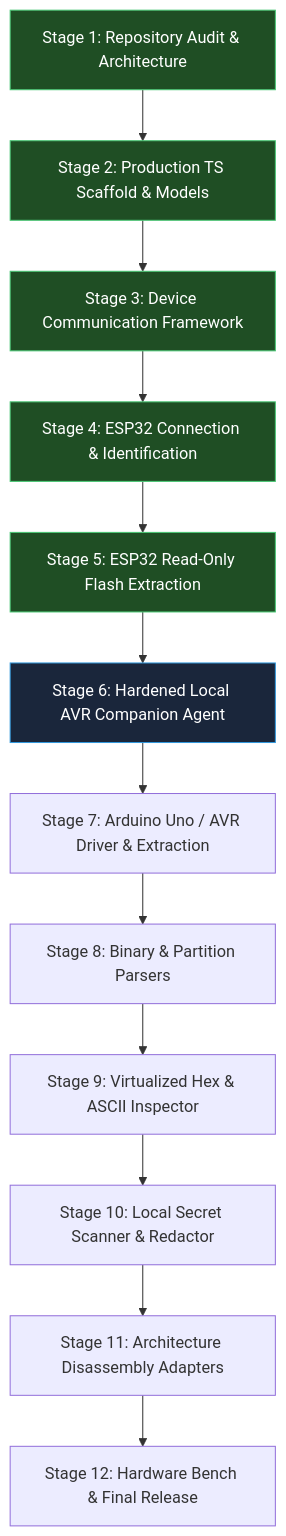
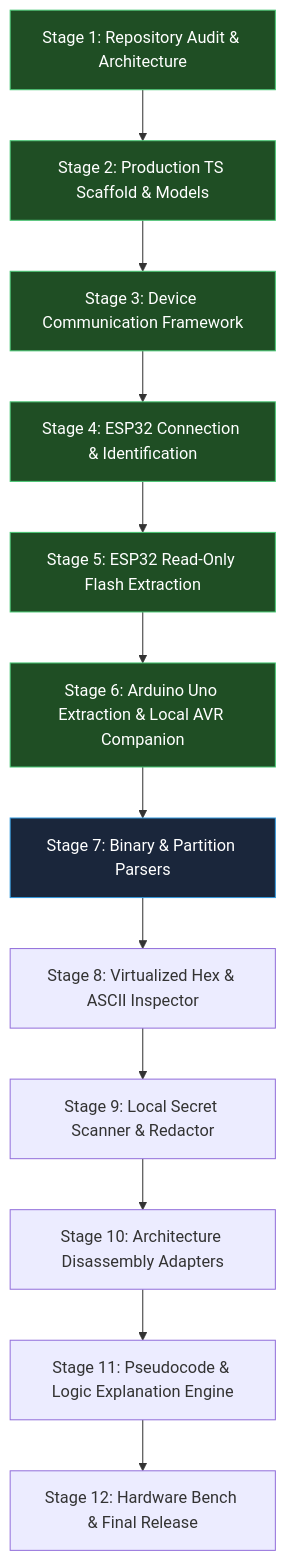
Before and after one commit to sfelixandrew/MICROCODE: the diagram in docs/progress.md, drawn with Mermaid. The commit also changed other lines of this file and 13 other files, not shown here.

Commit message:
Complete Stage 6: Arduino Uno Flash Extraction and Hardened Local AVR Companion

````diff
--- a/docs/progress.md
+++ b/docs/progress.md
@@ -5,21 +5,22 @@
 ```mermaid
 flowchart TD
     S1["Stage 1: Repository Audit & Architecture"] --> S2["Stage 2: Production TS Scaffold & Models"]
     S2 --> S3["Stage 3: Device Communication Framework"]
     S3 --> S4["Stage 4: ESP32 Connection & Identification"]
     S4 --> S5["Stage 5: ESP32 Read-Only Flash Extraction"]
-    S5 --> S6["Stage 6: Hardened Local AVR Companion Agent"]
-    S6 --> S7["Stage 7: Arduino Uno / AVR Driver & Extraction"]
-    S7 --> S8["Stage 8: Binary & Partition Parsers"]
-    S8 --> S9["Stage 9: Virtualized Hex & ASCII Inspector"]
-    S9 --> S10["Stage 10: Local Secret Scanner & Redactor"]
-    S10 --> S11["Stage 11: Architecture Disassembly Adapters"]
+    S5 --> S6["Stage 6: Arduino Uno Extraction & Local AVR Companion"]
+    S6 --> S7["Stage 7: Binary & Partition Parsers"]
+    S7 --> S8["Stage 8: Virtualized Hex & ASCII Inspector"]
+    S8 --> S9["Stage 9: Local Secret Scanner & Redactor"]
+    S9 --> S10["Stage 10: Architecture Disassembly Adapters"]
+    S10 --> S11["Stage 11: Pseudocode & Logic Explanation Engine"]
     S11 --> S12["Stage 12: Hardware Bench & Final Release"]
 
     style S1 fill:#1f4e24,stroke:#48c774,color:#fff
     style S2 fill:#1f4e24,stroke:#48c774,color:#fff
     style S3 fill:#1f4e24,stroke:#48c774,color:#fff
     style S4 fill:#1f4e24,stroke:#48c774,color:#fff
     style S5 fill:#1f4e24,stroke:#48c774,color:#fff
-    style S6 fill:#1a263b,stroke:#3298dc,color:#fff
+    style S6 fill:#1f4e24,stroke:#48c774,color:#fff
+    style S7 fill:#1a263b,stroke:#3298dc,color:#fff
 ```
````
